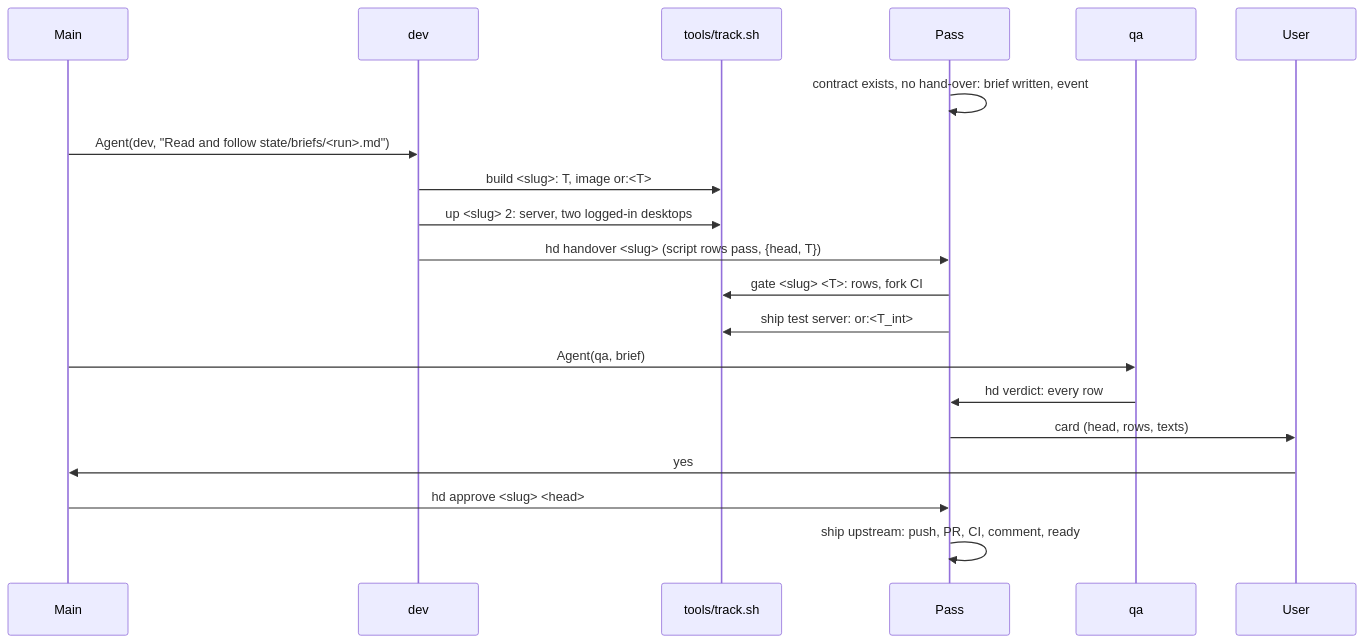
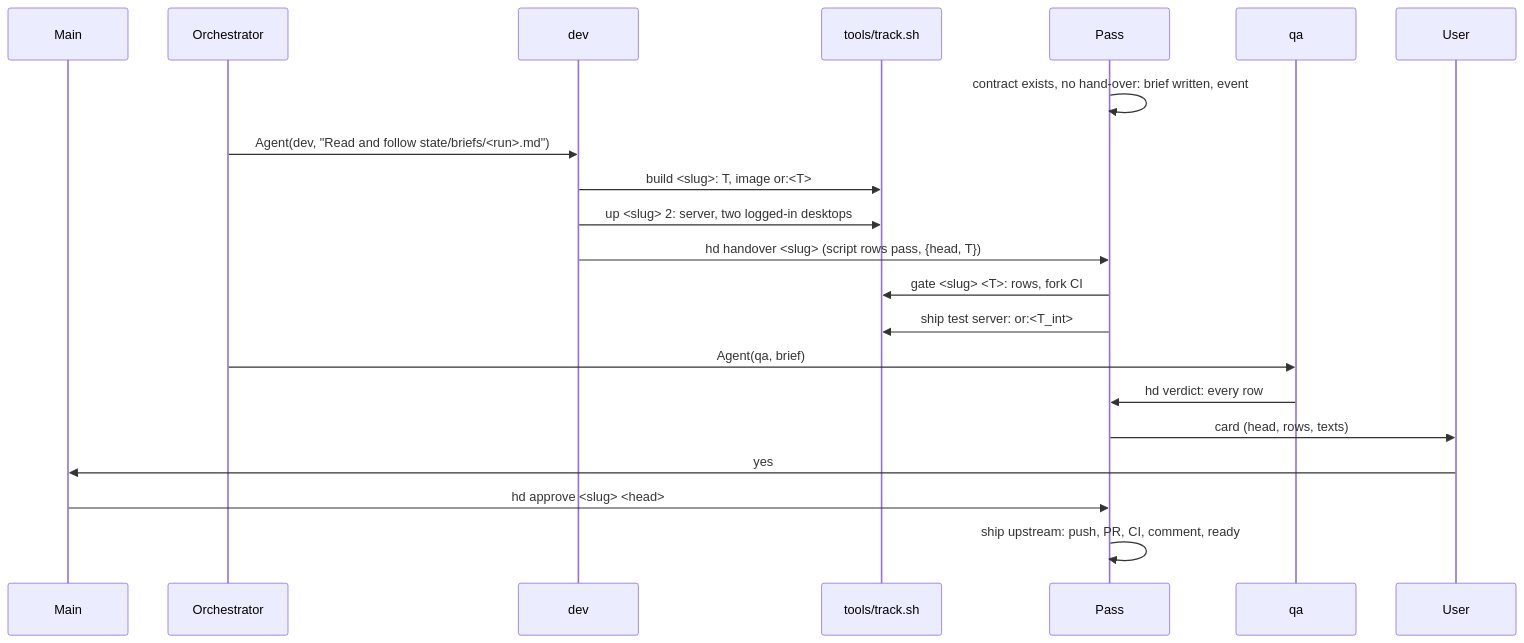
Before and after one commit to AlexPerrin/RuneHarness: the diagram in docs/ARCHITECTURE.md, drawn with Mermaid. The commit also changed other lines of this file and 13 other files, not shown here.

````diff
--- a/docs/ARCHITECTURE.md
+++ b/docs/ARCHITECTURE.md
@@ -136,22 +146,23 @@
 ```mermaid
 sequenceDiagram
   participant M as Main
+  participant O as Orchestrator
   participant D as dev
   participant S as tools/track.sh
   participant P as Pass
   participant Q as qa
   participant U as User
   P->>P: contract exists, no hand-over: brief written, event
-  M->>D: Agent(dev, "Read and follow state/briefs/<run>.md")
+  O->>D: Agent(dev, "Read and follow state/briefs/<run>.md")
   D->>S: build <slug>: T, image or:<T>
   D->>S: up <slug> 2: server, two logged-in desktops
   D->>P: hd handover <slug> (script rows pass, {head, T})
   P->>S: gate <slug> <T>: rows, fork CI
   P->>S: ship test server: or:<T_int>
-  M->>Q: Agent(qa, brief)
+  O->>Q: Agent(qa, brief)
   Q->>P: hd verdict: every row
   P->>U: card (head, rows, texts)
   U->>M: yes
   M->>P: hd approve <slug> <head>
   P->>P: ship upstream: push, PR, CI, comment, ready
 ```
````
